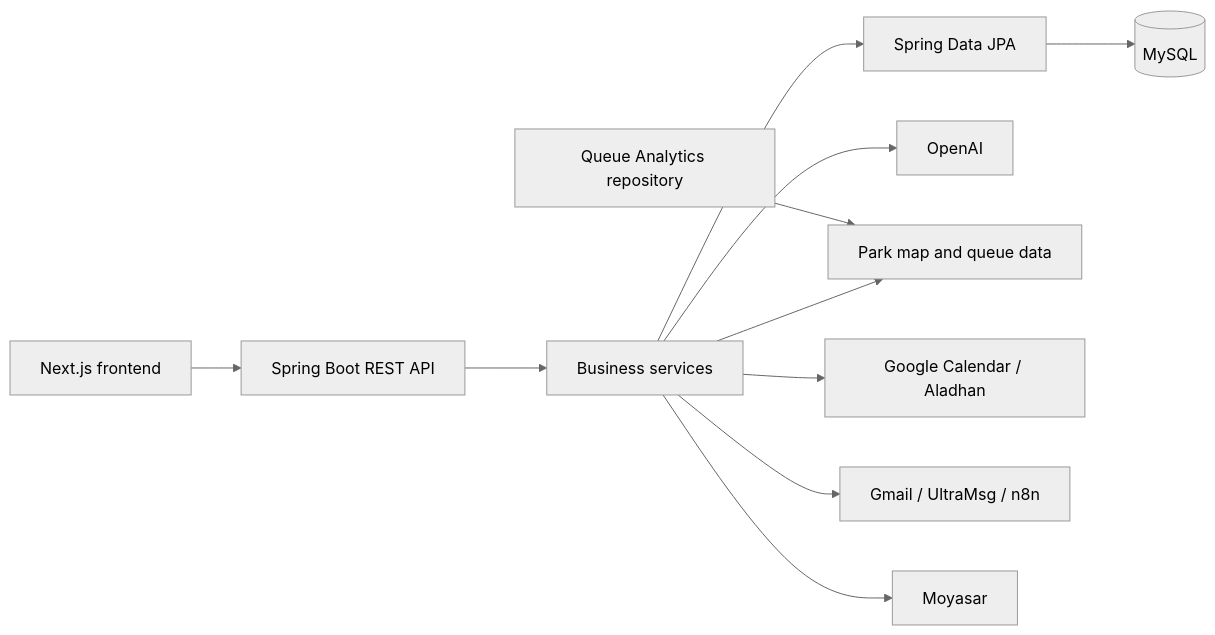
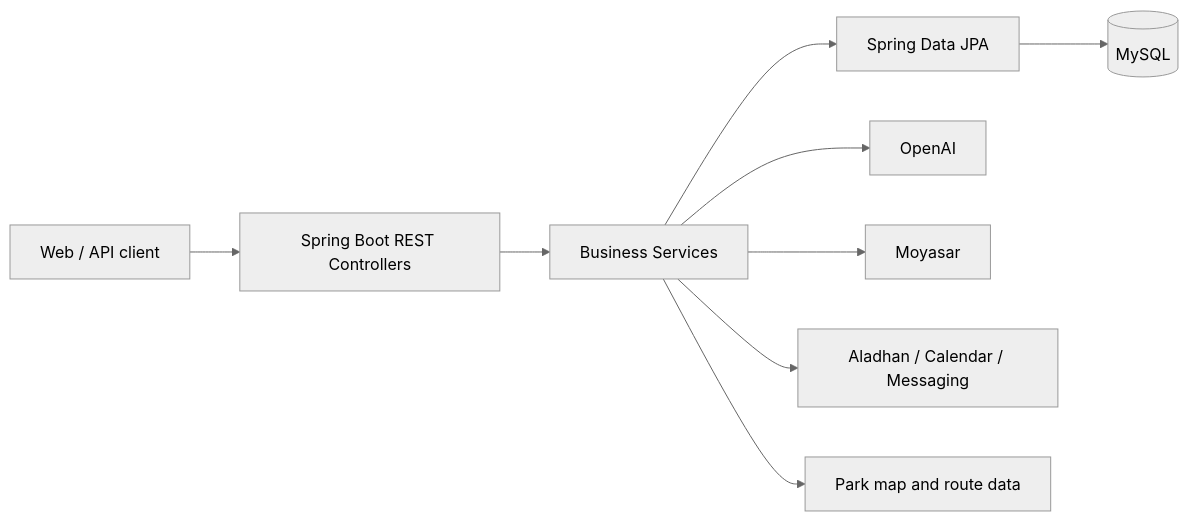
The fourth of 5 diagrams in README.md (Abdulaziz-Shafae/SIKKA), drawn with Mermaid (neutral theme) before and after one commit. The commit also changed other lines of this file, not shown here.

````diff
--- a/README.md
+++ b/README.md
@@ -118,13 +428,11 @@
 ```mermaid
 flowchart LR
-    UI[Next.js frontend] --> API[Spring Boot REST API]
-    API --> Services[Business services]
+    Client[Web / API client] --> API[Spring Boot REST Controllers]
+    API --> Services[Business Services]
     Services --> JPA[Spring Data JPA]
     JPA --> DB[(MySQL)]
     Services --> AI[OpenAI]
-    Services --> Park[Park map and queue data]
-    Services --> Calendar[Google Calendar / Aladhan]
-    Services --> Comms[Gmail / UltraMsg / n8n]
-    Services --> Payment[Moyasar]
-    Analytics[Queue Analytics repository] --> Park
+    Services --> Pay[Moyasar]
+    Services --> Ext[Aladhan / Calendar / Messaging]
+    Services --> Map[Park map and route data]
 ```
````
